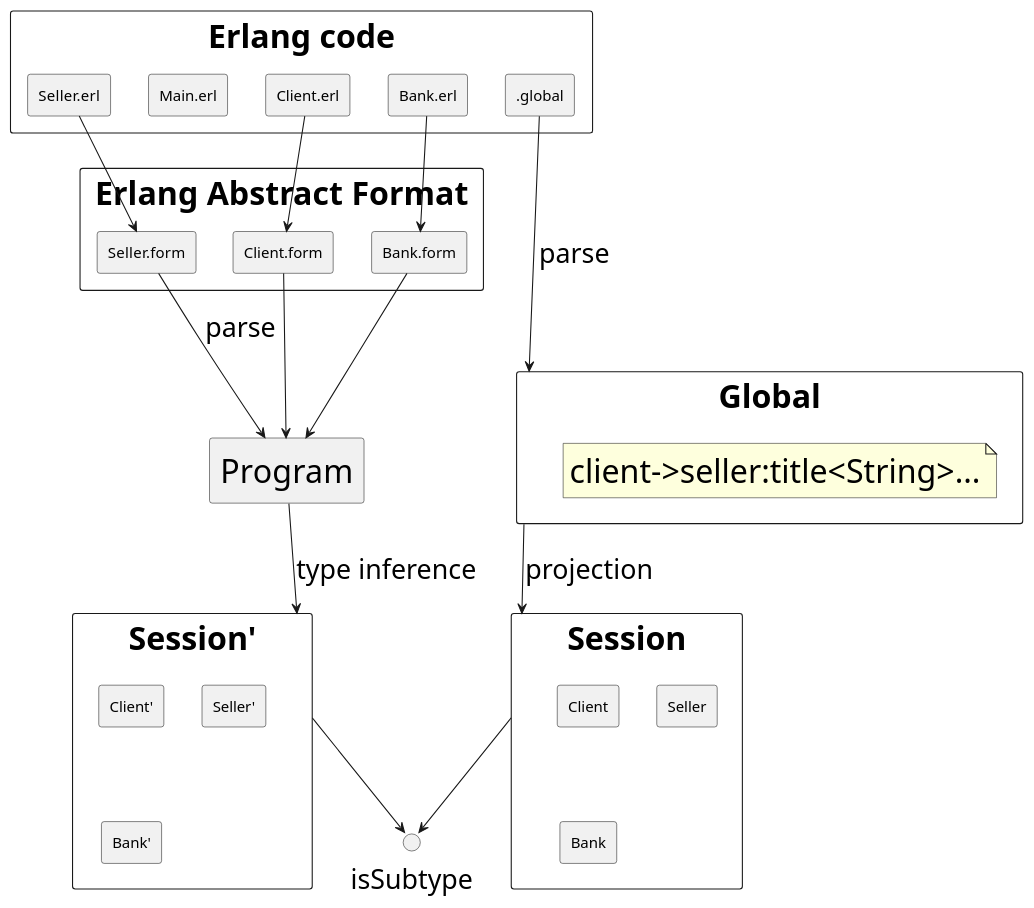
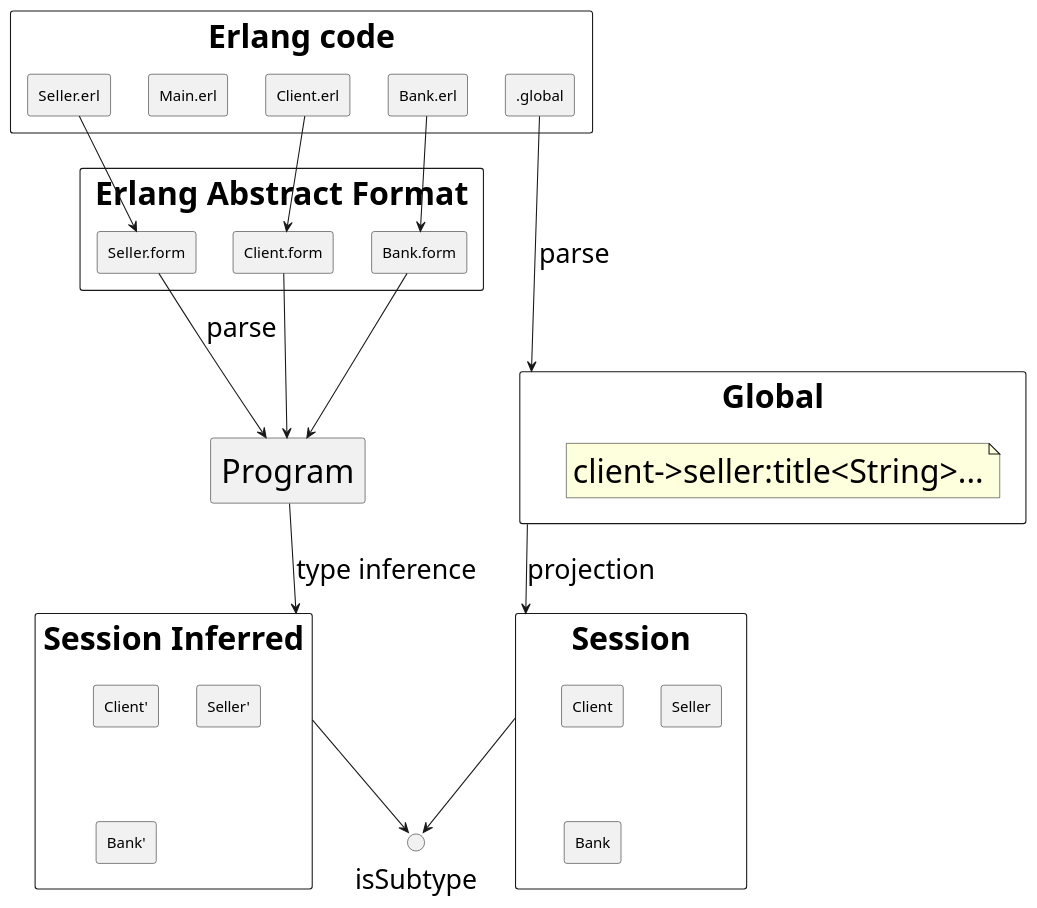
The diagram in UML/aspects.puml (20001327/sessiontypechecker), drawn with PlantUML before and after one commit. The commit also changed 1 other file, not shown here.

```diff
--- a/UML/aspects.puml
+++ b/UML/aspects.puml
@@ -1,58 +1,58 @@
 @startuml
 'https://plantuml.com/component-diagram
 skinparam componentStyle rectangle
 skinparam rectangleFontSize 30
 skinparam noteFontSize 30
 skinparam arrowFontSize 25
 skinparam arrowFontSize 25
 skinparam interfaceFontSize 25
 
 rectangle "Erlang code"{
     [Client.erl]
     [Seller.erl]
     [Main.erl]
     [Bank.erl]
     [.global]
 }
 
 rectangle "Erlang Abstract Format"{
     [Client.form]
     [Seller.form]
     [Bank.form]
 }
 
 [Bank.erl] --> [Bank.form]
 [Seller.erl] -> [Seller.form]
 [Client.erl] -> [Client.form]
 
 rectangle "Program"
 rectangle "Global"{
     note as G
     client->seller:title<String>...
     end note
 }
 
 [Client.form] --> Program
 [Seller.form] -> Program:parse
 [Bank.form] -> Program
 [.global] -> Global:parse
 
 rectangle "Session"{
 [Client]
 [Seller]
 [Bank]
 }
 
-rectangle "Session'" as SessionDerived{
+rectangle "Session Inferred" as SessionDerived{
 [Client']
 [Seller']
 [Bank']
 }
 
 Global --> Session:projection
 Program --> SessionDerived:type inference
 
 Session --> isSubtype
 SessionDerived --> isSubtype
 
 @enduml
```
